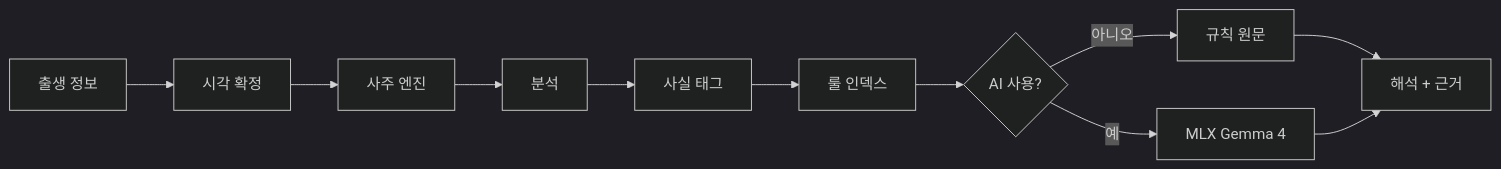
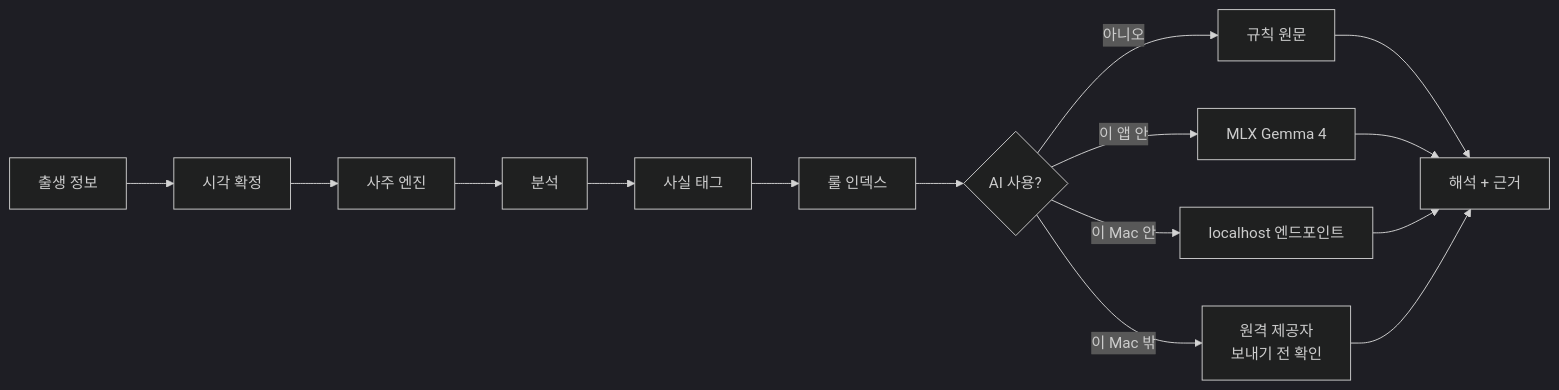
Before and after one commit to waylake/four-eight: the diagram in README.ko.md, drawn with Mermaid (dark theme). The commit also changed other lines of this file and 52 other files, not shown here.

````diff
--- a/README.ko.md
+++ b/README.ko.md
@@ -156,13 +176,17 @@
 ```mermaid
 flowchart LR
     A[출생 정보] --> B[시각 확정]
     B --> C[사주 엔진]
     C --> D[분석]
     D --> E[사실 태그]
     E --> F[룰 인덱스]
     F --> G{AI 사용?}
     G -->|아니오| H[규칙 원문]
-    G -->|예| I[MLX Gemma 4]
+    G -->|이 앱 안| I[MLX Gemma 4]
+    G -->|이 Mac 안| K[localhost 엔드포인트]
+    G -->|이 Mac 밖| L[원격 제공자<br/>보내기 전 확인]
     H --> J[해석 + 근거]
     I --> J
+    K --> J
+    L --> J
 ```
````
